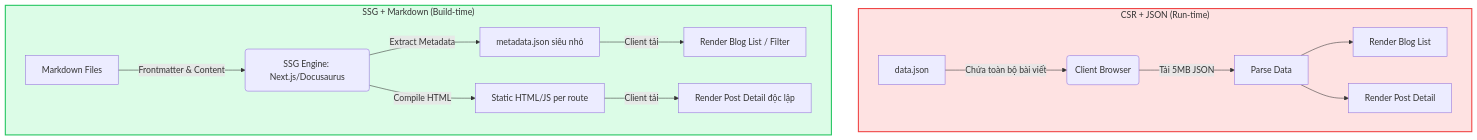
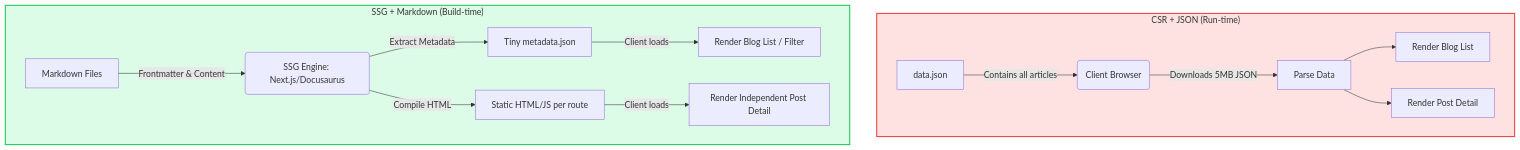
One commit to ga2631/ga2631.github.io changed the diagram in src/data/blog/en/66-2026-09-14-moving-away-from-json-to-markdown.md. Above: the diagram before and after it, drawn with Mermaid. The commit also changed other lines of this file and 74 other files, not shown here.

Commit message:
docs: translate blog post titles and summaries to English

````diff
--- a/src/data/blog/en/66-2026-09-14-moving-away-from-json-to-markdown.md
+++ b/src/data/blog/en/66-2026-09-14-moving-away-from-json-to-markdown.md
@@ -46,21 +46,21 @@
 ```mermaid
 graph TD
   subgraph Old["CSR + JSON (Run-time)"]
-    A[data.json] -->|Chứa toàn bộ bài viết| B(Client Browser)
-    B -->|Tải 5MB JSON| C[Parse Data]
+    A[data.json] -->|Contains all articles| B(Client Browser)
+    B -->|Downloads 5MB JSON| C[Parse Data]
     C --> D[Render Blog List]
     C --> E[Render Post Detail]
   end
 
   subgraph New["SSG + Markdown (Build-time)"]
     F[Markdown Files] -->|Frontmatter & Content| G(SSG Engine: Next.js/Docusaurus)
-    G -->|Extract Metadata| H[metadata.json siêu nhỏ]
+    G -->|Extract Metadata| H[Tiny metadata.json]
     G -->|Compile HTML| I[Static HTML/JS per route]
 
-    H -->|Client tải| J[Render Blog List / Filter]
-    I -->|Client tải| K[Render Post Detail độc lập]
+    H -->|Client loads| J[Render Blog List / Filter]
+    I -->|Client loads| K[Render Independent Post Detail]
   end
 
   style Old fill:#fee2e2,stroke:#ef4444,stroke-width:2px
   style New fill:#dcfce7,stroke:#22c55e,stroke-width:2px
 ```
````
